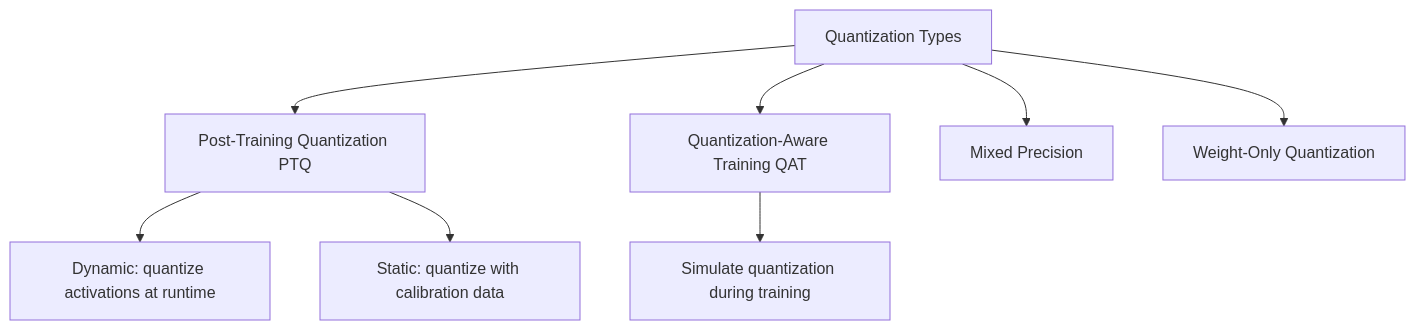
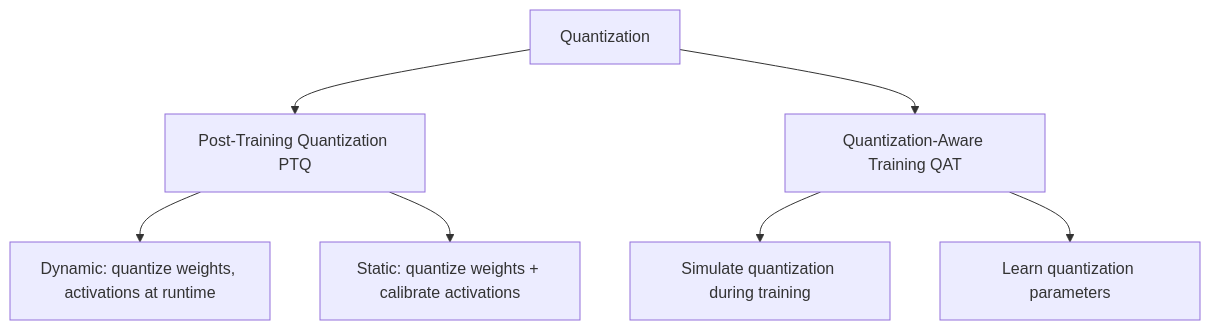
One commit to vanos001/placement_prep changed the diagram in src/ml/advanced/quantization.md. Above: the diagram before and after it, drawn with Mermaid. The commit also changed other lines of this file and 14 other files, not shown here.

````diff
--- a/src/ml/advanced/quantization.md
+++ b/src/ml/advanced/quantization.md
@@ -45,11 +9,9 @@
 ```mermaid
 graph TD
-    A[Quantization Types] --> B[Post-Training Quantization PTQ]
+    A[Quantization] --> B[Post-Training Quantization PTQ]
     A --> C[Quantization-Aware Training QAT]
-    B --> D[Dynamic: quantize activations at runtime]
-    B --> E[Static: quantize with calibration data]
-    C --> F[Simulate quantization during training]
-    
-    A --> G[Mixed Precision]
-    A --> H[Weight-Only Quantization]
+    B --> B1[Dynamic: quantize weights, activations at runtime]
+    B --> B2[Static: quantize weights + calibrate activations]
+    C --> C1[Simulate quantization during training]
+    C --> C2[Learn quantization parameters]
 ```
````
